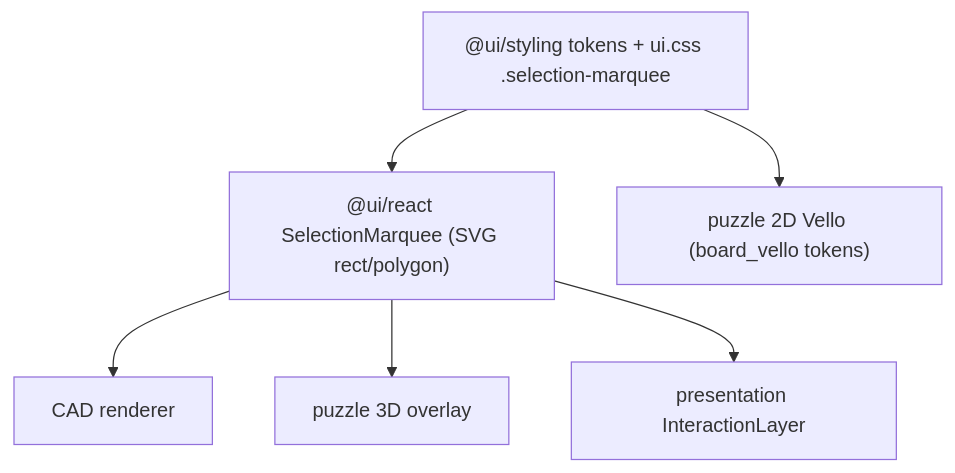
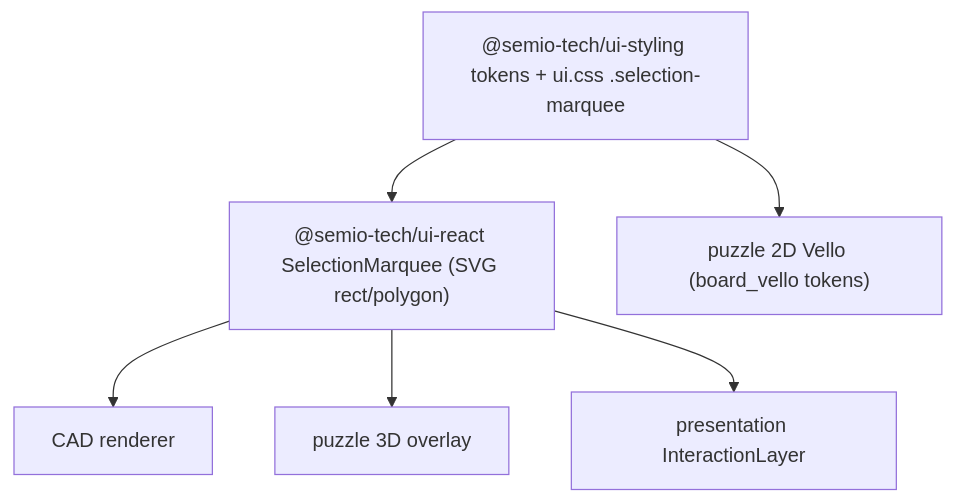
One commit to usalu/semio changed the diagram in .cursor/plans/unify_selection_rectangle_e4d5c14a.plan.md. Above: the diagram before and after it, drawn with Mermaid. The commit also changed 1282 other files, not shown here.

````diff
--- a/.cursor/plans/unify_selection_rectangle_e4d5c14a.plan.md
+++ b/.cursor/plans/unify_selection_rectangle_e4d5c14a.plan.md
@@ -33,8 +33,8 @@
 ```mermaid
 flowchart TD
-  tokens["@ui/styling tokens + ui.css .selection-marquee"] --> react["@ui/react SelectionMarquee (SVG rect/polygon)"]
+  tokens["@semio-tech/ui-styling tokens + ui.css .selection-marquee"] --> react["@semio-tech/ui-react SelectionMarquee (SVG rect/polygon)"]
   tokens --> rust["puzzle 2D Vello (board_vello tokens)"]
   react --> cad["CAD renderer"]
   react --> p3d["puzzle 3D overlay"]
   react --> pres["presentation InteractionLayer"]
 ```
````
